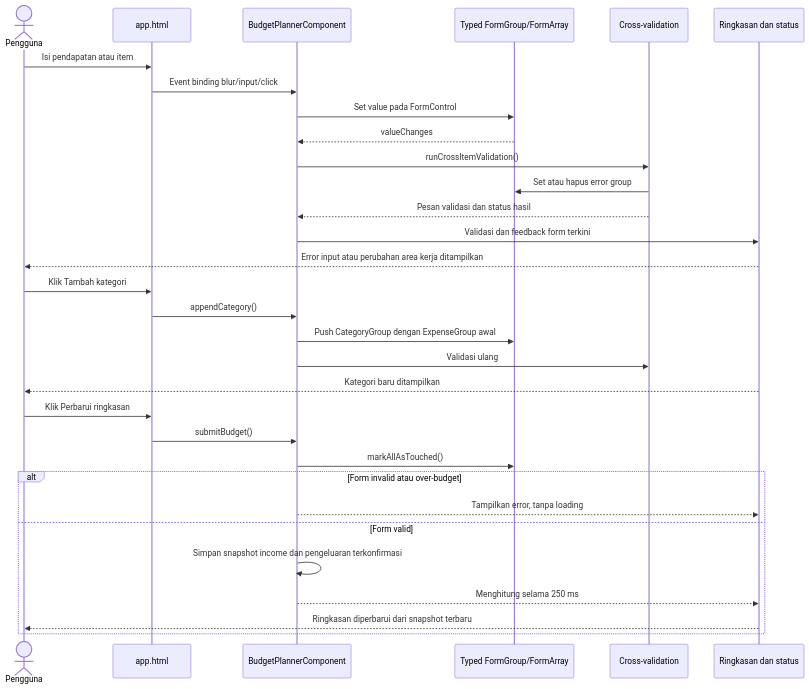
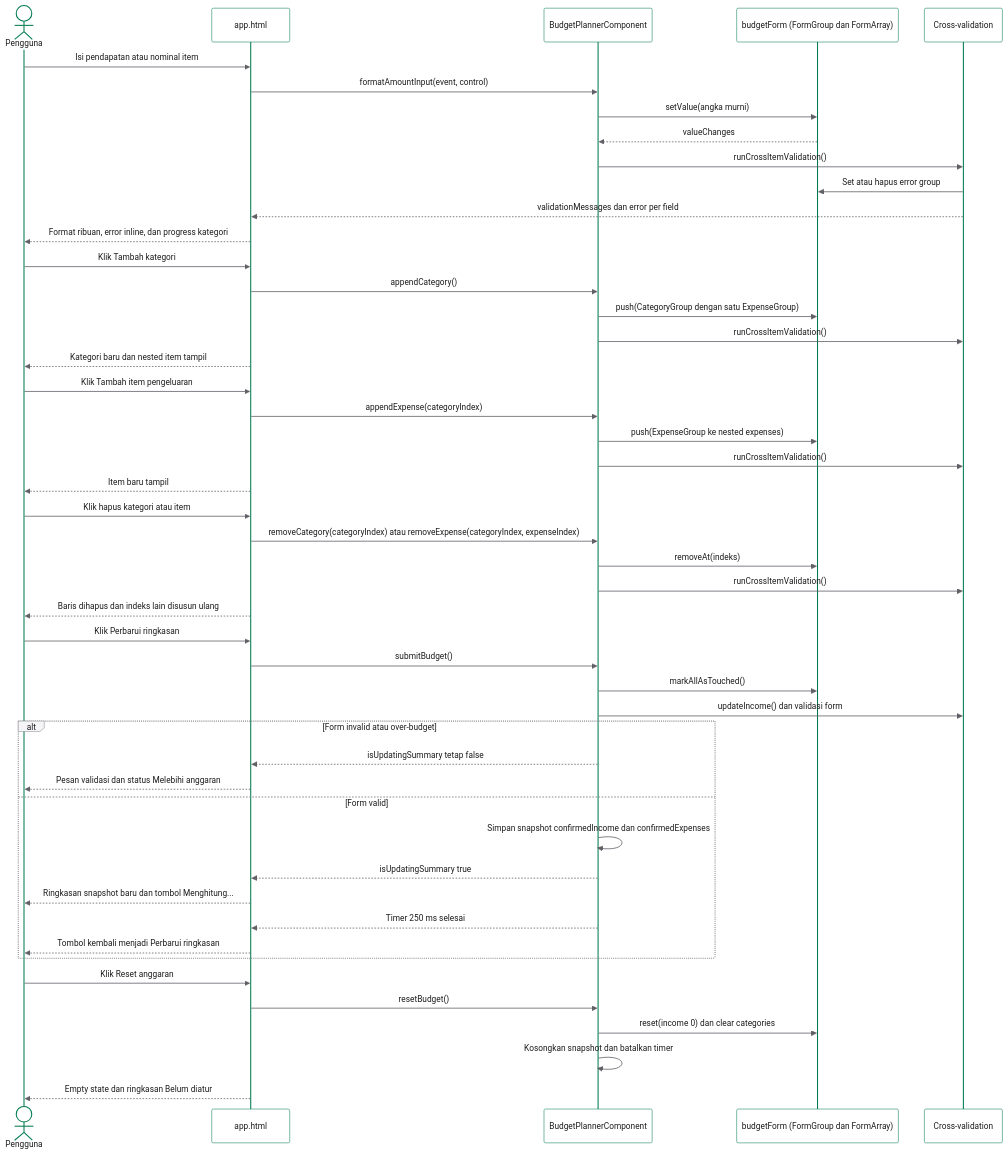
The diagram in docs/uts/sequence-diagram.md (Rifatdhy/BudgetKU), drawn with Mermaid before and after one commit. The commit also changed other lines of this file and 19 other files, not shown here.

First line of the commit message:
Harden BudgetKu UI, validation, tests, and UTS docs

````diff
--- a/docs/uts/sequence-diagram.md
+++ b/docs/uts/sequence-diagram.md
@@ -5,36 +5,57 @@
 ```mermaid
+%%{init: {'theme':'base','themeVariables':{'primaryColor':'#ffffff','primaryTextColor':'#1c1c1e','primaryBorderColor':'#007a4d','lineColor':'#5f5f66','secondaryColor':'#f5f5f7','tertiaryColor':'#ffffff','actorBkg':'#ffffff','actorBorder':'#007a4d','actorTextColor':'#1c1c1e','signalColor':'#5f5f66','signalTextColor':'#1c1c1e','labelBoxBkgColor':'#f5f5f7','labelBoxBorderColor':'#8a8a91','loopTextColor':'#1c1c1e','noteBkgColor':'#fafafa','noteBorderColor':'#8a8a91','fontFamily':'-apple-system, BlinkMacSystemFont, Segoe UI, sans-serif','fontSize':'16px'}}}%%
 sequenceDiagram
   actor Pengguna
-  participant Template as app.html
+  participant View as app.html
   participant Controller as BudgetPlannerComponent
-  participant Form as Typed FormGroup/FormArray
+  participant Form as budgetForm (FormGroup dan FormArray)
   participant Validator as Cross-validation
-  participant UI as Ringkasan dan status
 
-Pengguna->>Template: Isi pendapatan atau item
-  Template->>Controller: Event binding blur/input/click
-  Controller->>Form: Set value pada FormControl
+  Pengguna->>View: Isi pendapatan atau nominal item
+  View->>Controller: formatAmountInput(event, control)
+  Controller->>Form: setValue(angka murni)
   Form-->>Controller: valueChanges
   Controller->>Validator: runCrossItemValidation()
   Validator->>Form: Set atau hapus error group
-  Validator-->>Controller: Pesan validasi dan status hasil
-Controller->>UI: Validasi dan feedback form terkini
-UI-->>Pengguna: Error input atau perubahan area kerja ditampilkan
+  Validator-->>View: validationMessages dan error per field
+  View-->>Pengguna: Format ribuan, error inline, dan progress kategori
 
-  Pengguna->>Template: Klik Tambah kategori
-  Template->>Controller: appendCategory()
-  Controller->>Form: Push CategoryGroup dengan ExpenseGroup awal
-  Controller->>Validator: Validasi ulang
-  UI-->>Pengguna: Kategori baru ditampilkan
+  Pengguna->>View: Klik Tambah kategori
+  View->>Controller: appendCategory()
+  Controller->>Form: push(CategoryGroup dengan satu ExpenseGroup)
+  Controller->>Validator: runCrossItemValidation()
+  View-->>Pengguna: Kategori baru dan nested item tampil
 
-  Pengguna->>Template: Klik Perbarui ringkasan
-  Template->>Controller: submitBudget()
+  Pengguna->>View: Klik Tambah item pengeluaran
+  View->>Controller: appendExpense(categoryIndex)
+  Controller->>Form: push(ExpenseGroup ke nested expenses)
+  Controller->>Validator: runCrossItemValidation()
+  View-->>Pengguna: Item baru tampil
+
+  Pengguna->>View: Klik hapus kategori atau item
+  View->>Controller: removeCategory(categoryIndex) atau removeExpense(categoryIndex, expenseIndex)
+  Controller->>Form: removeAt(indeks)
+  Controller->>Validator: runCrossItemValidation()
+  View-->>Pengguna: Baris dihapus dan indeks lain disusun ulang
+
+  Pengguna->>View: Klik Perbarui ringkasan
+  View->>Controller: submitBudget()
   Controller->>Form: markAllAsTouched()
+  Controller->>Validator: updateIncome() dan validasi form
   alt Form invalid atau over-budget
-    Controller-->>UI: Tampilkan error, tanpa loading
+    Controller-->>View: isUpdatingSummary tetap false
+    View-->>Pengguna: Pesan validasi dan status Melebihi anggaran
   else Form valid
-    Controller->>Controller: Simpan snapshot income dan pengeluaran terkonfirmasi
-    Controller-->>UI: Menghitung selama 250 ms
-    UI-->>Pengguna: Ringkasan diperbarui dari snapshot terbaru
+    Controller->>Controller: Simpan snapshot confirmedIncome dan confirmedExpenses
+    Controller-->>View: isUpdatingSummary true
+    View-->>Pengguna: Ringkasan snapshot baru dan tombol Menghitung...
+    Controller-->>View: Timer 250 ms selesai
+    View-->>Pengguna: Tombol kembali menjadi Perbarui ringkasan
   end
+
+  Pengguna->>View: Klik Reset anggaran
+  View->>Controller: resetBudget()
+  Controller->>Form: reset(income 0) dan clear categories
+  Controller->>Controller: Kosongkan snapshot dan batalkan timer
+  View-->>Pengguna: Empty state dan ringkasan Belum diatur
 ```
````
